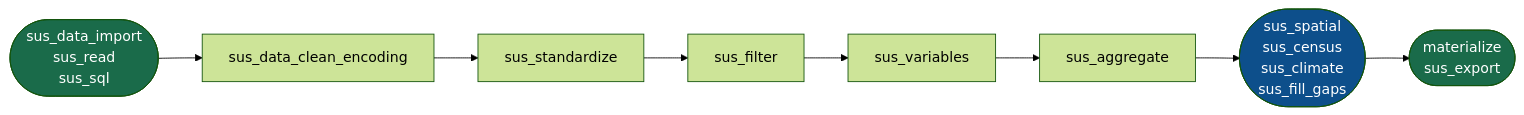
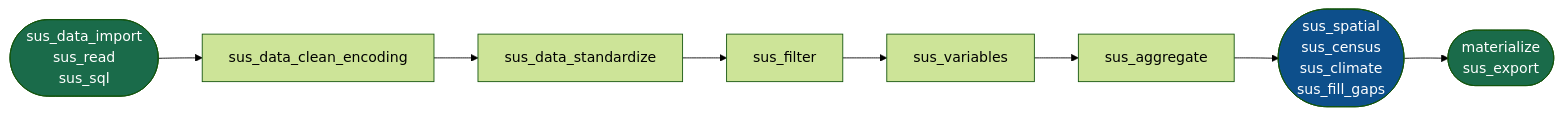
One commit to climasus/climasus4py changed the diagram in docs/pipeline-order.md. Above: the diagram before and after it, drawn with Mermaid (forest theme). The commit also changed other lines of this file and 9 other files, not shown here.

Commit message:
refactor(api): rename sus_standardize to sus_data_standardize

````diff
--- a/docs/pipeline-order.md
+++ b/docs/pipeline-order.md
@@ -10,13 +10,13 @@
 ```mermaid
 flowchart LR
     A(["sus_data_import\nsus_read\nsus_sql"]) --> B[sus_data_clean_encoding]
-    B --> C[sus_standardize]
+    B --> C[sus_data_standardize]
     C --> D[sus_filter]
     D --> E[sus_variables]
     E --> F[sus_aggregate]
     F --> G(["sus_spatial\nsus_census\nsus_climate\nsus_fill_gaps"])
     G --> H(["materialize\nsus_export"])
     style A fill:#1a6b4a,color:#fff
     style H fill:#1a6b4a,color:#fff
     style G fill:#0d4f8b,color:#fff
 ```
````
